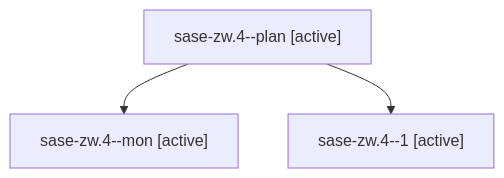
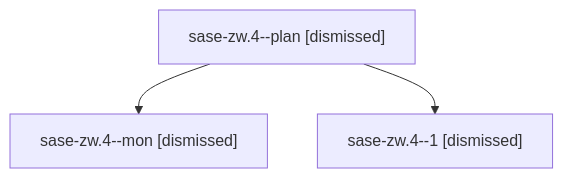
Before and after one commit to sase-org/sase--agents: the diagram in sessions/bbugyi200.athena.sase-zw.4.md, drawn with Mermaid. The commit also changed other lines of this file and 122 other files, not shown here.

````diff
--- a/sessions/bbugyi200.athena.sase-zw.4.md
+++ b/sessions/bbugyi200.athena.sase-zw.4.md
@@ -9,8 +9,8 @@
 ```mermaid
 flowchart TD
-  n0["sase-zw.4--plan [active]"]
-  n1["sase-zw.4--mon [active]"]
+  n0["sase-zw.4--plan [dismissed]"]
+  n1["sase-zw.4--mon [dismissed]"]
   n0 --> n1
-  n2["sase-zw.4--1 [active]"]
+  n2["sase-zw.4--1 [dismissed]"]
   n0 --> n2
 ```
````
